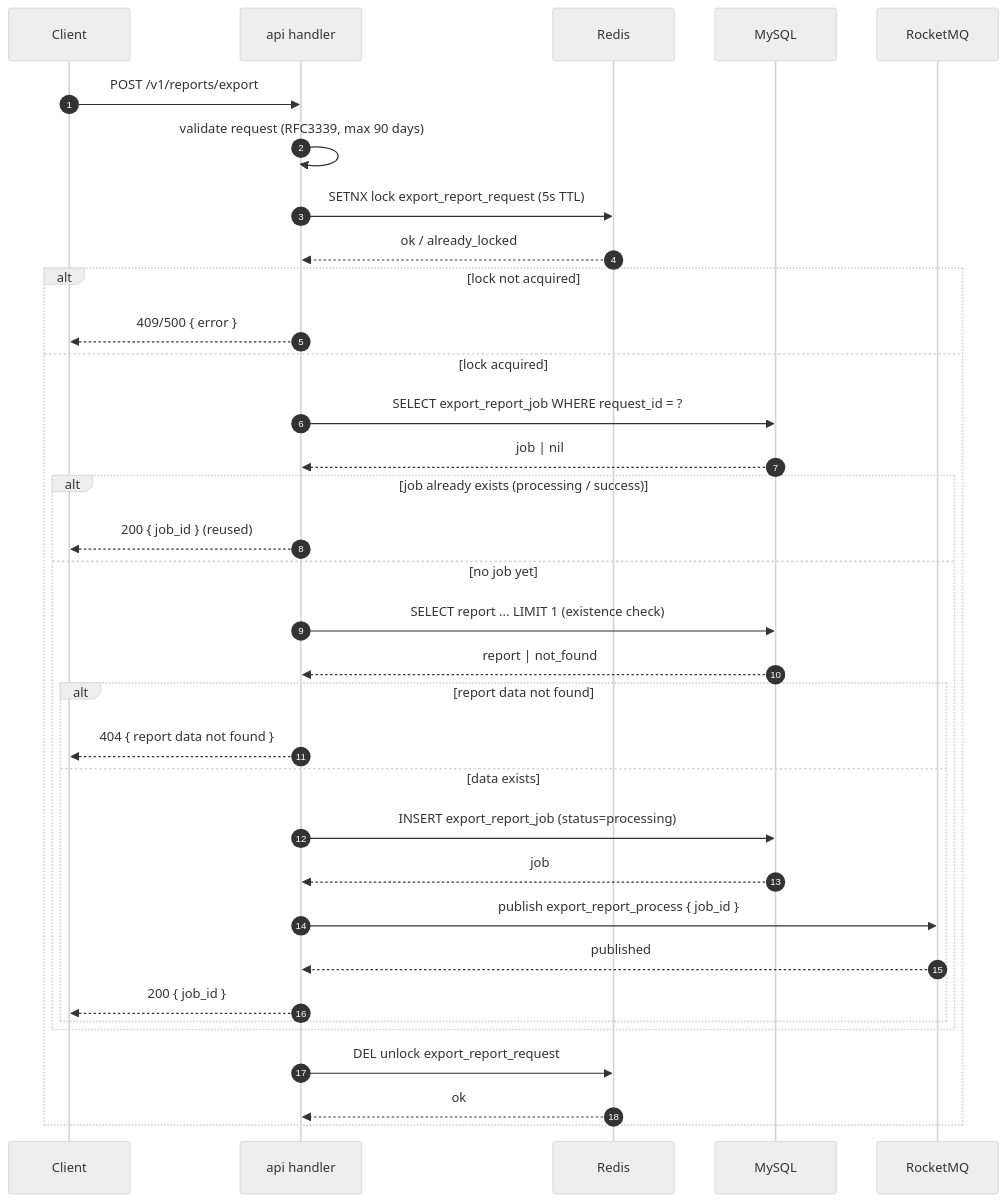
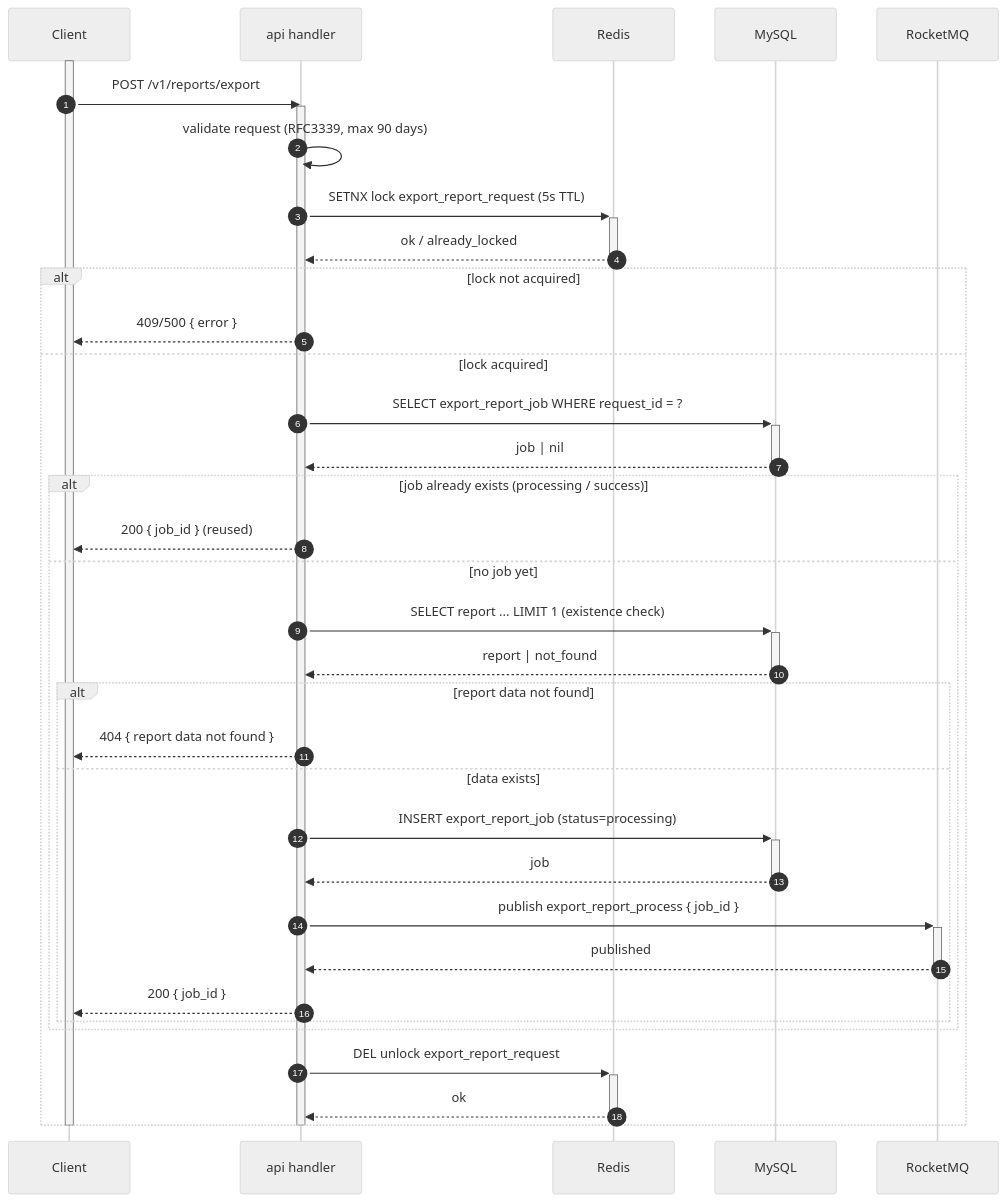
The third of 10 diagrams in README.md (fikrimohammad/efficient-report-exporter), drawn with Mermaid (neutral theme) before and after one commit. The commit also changed other lines of this file, not shown here.

First line of the commit message:
docs: rewrite README with architecture and pipeline design

````diff
--- a/README.md
+++ b/README.md
@@ -140,37 +242,41 @@
 ```mermaid
 sequenceDiagram
     autonumber
     participant C as Client
     participant A as api handler
     participant R as Redis
     participant D as MySQL
     participant M as RocketMQ
 
+    activate C
     C->>A: POST /v1/reports/export
+    activate A
     A->>A: validate request (RFC3339, max 90 days)
-    A->>R: SETNX lock export_report_request (5s TTL)
-    R-->>A: ok / already_locked
+    A->>+R: SETNX lock export_report_request (5s TTL)
+    R-->>-A: ok / already_locked
     alt lock not acquired
         A-->>C: 409/500 { error }
     else lock acquired
-        A->>D: SELECT export_report_job WHERE request_id = ?
-        D-->>A: job | nil
+        A->>+D: SELECT export_report_job WHERE request_id = ?
+        D-->>-A: job | nil
         alt job already exists (processing / success)
             A-->>C: 200 { job_id } (reused)
         else no job yet
-            A->>D: SELECT report ... LIMIT 1 (existence check)
-            D-->>A: report | not_found
+            A->>+D: SELECT report ... LIMIT 1 (existence check)
+            D-->>-A: report | not_found
             alt report data not found
                 A-->>C: 404 { report data not found }
             else data exists
-                A->>D: INSERT export_report_job (status=processing)
-                D-->>A: job
-                A->>M: publish export_report_process { job_id }
-                M-->>A: published
+                A->>+D: INSERT export_report_job (status=processing)
+                D-->>-A: job
+                A->>+M: publish export_report_process { job_id }
+                M-->>-A: published
                 A-->>C: 200 { job_id }
             end
         end
-        A->>R: DEL unlock export_report_request
-        R-->>A: ok
+        A->>+R: DEL unlock export_report_request
+        R-->>-A: ok
     end
+    deactivate A
+    deactivate C
 ```
````
